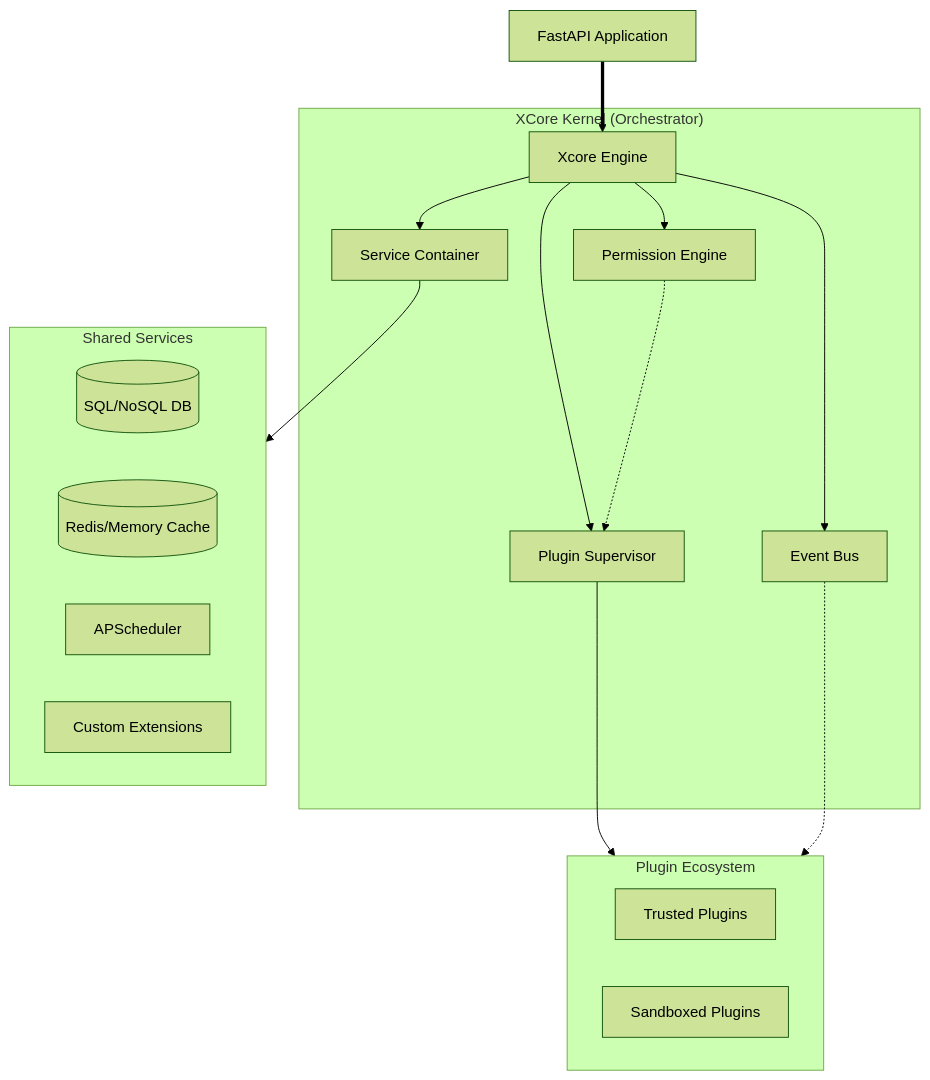
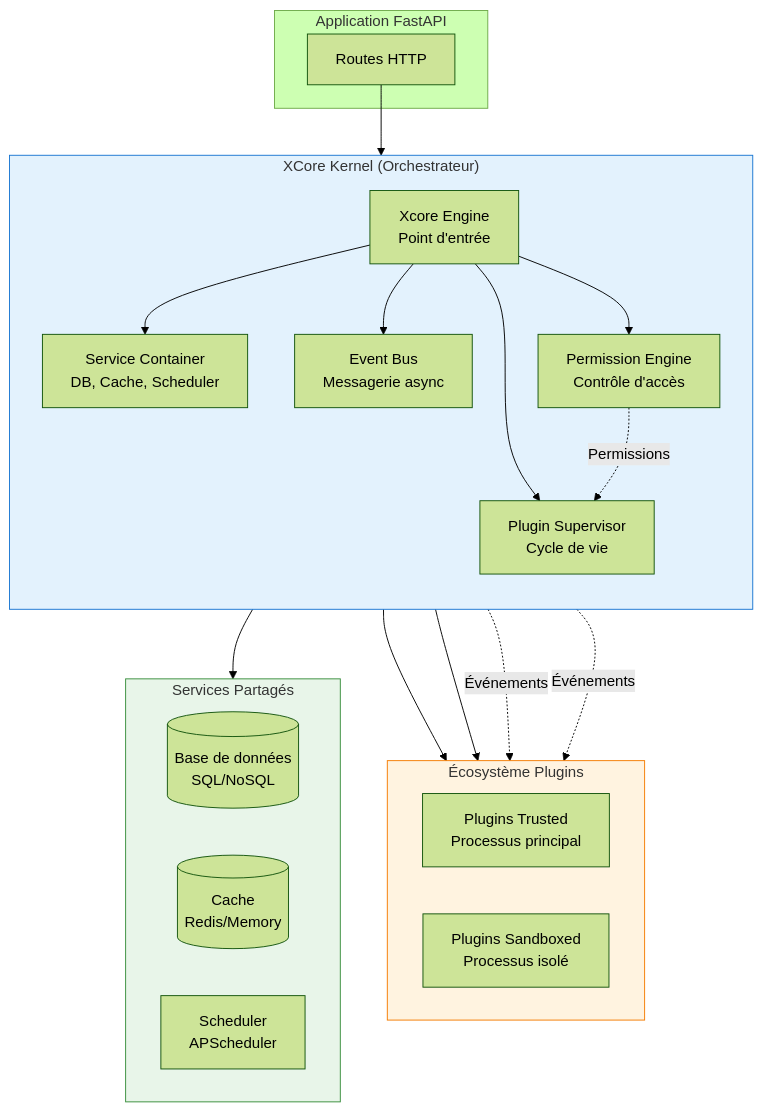
Before and after one commit to traoreera/xcore: the second of 5 diagrams in docs-tech/index.md, drawn with Mermaid (forest theme). The commit also changed other lines of this file and 92 other files, not shown here.

````diff
--- a/docs-tech/index.md
+++ b/docs-tech/index.md
@@ -44,34 +67,45 @@
 ```mermaid
-graph TB
-    subgraph XCore_Kernel["XCore Kernel (Orchestrator)"]
-        X[Xcore Engine]
-        SC[Service Container]
-        PS[Plugin Supervisor]
-        EB[Event Bus]
-        PE[Permission Engine]
+flowchart TB
+    subgraph App["Application FastAPI"]
+        FA[Routes HTTP]
     end
 
-    subgraph Infrastructure["Shared Services"]
-        DB[(SQL/NoSQL DB)]
-        CACHE[(Redis/Memory Cache)]
-        SCHED[APScheduler]
-        EXT[Custom Extensions]
+    subgraph Kernel["XCore Kernel (Orchestrateur)"]
+        direction TB
+        X[Xcore Engine<br/>Point d'entrée]
+        SC[Service Container<br/>DB, Cache, Scheduler]
+        PS[Plugin Supervisor<br/>Cycle de vie]
+        EB[Event Bus<br/>Messagerie async]
+        PE[Permission Engine<br/>Contrôle d'accès]
     end
 
-    subgraph Plugin_Layer["Plugin Ecosystem"]
+    subgraph Plugins["Écosystème Plugins"]
         direction LR
-        T[Trusted Plugins]
-        S[Sandboxed Plugins]
+        TP[Plugins Trusted<br/>Processus principal]
+        SP[Plugins Sandboxed<br/>Processus isolé]
     end
 
+    subgraph Services["Services Partagés"]
+        DB[(Base de données<br/>SQL/NoSQL)]
+        CACHE[(Cache<br/>Redis/Memory)]
+        SCHED[Scheduler<br/>APScheduler]
+    end
+
+    FA --> X
     X --> SC
     X --> PS
     X --> EB
     X --> PE
-    SC --> Infrastructure
-    PS --> Plugin_Layer
-    EB -.-> Plugin_Layer
-    PE -.-> PS
-
-    FA[FastAPI Application] ==> X
+    
+    SC --> Services
+    PS --> TP
+    PS --> SP
+    
+    EB -.->|Événements| TP
+    EB -.->|Événements| SP
+    PE -.->|Permissions| PS
+    
+    style Kernel fill:#E3F2FD,stroke:#1976D2
+    style Plugins fill:#FFF3E0,stroke:#F57C00
+    style Services fill:#E8F5E9,stroke:#388E3C
 ```
````
